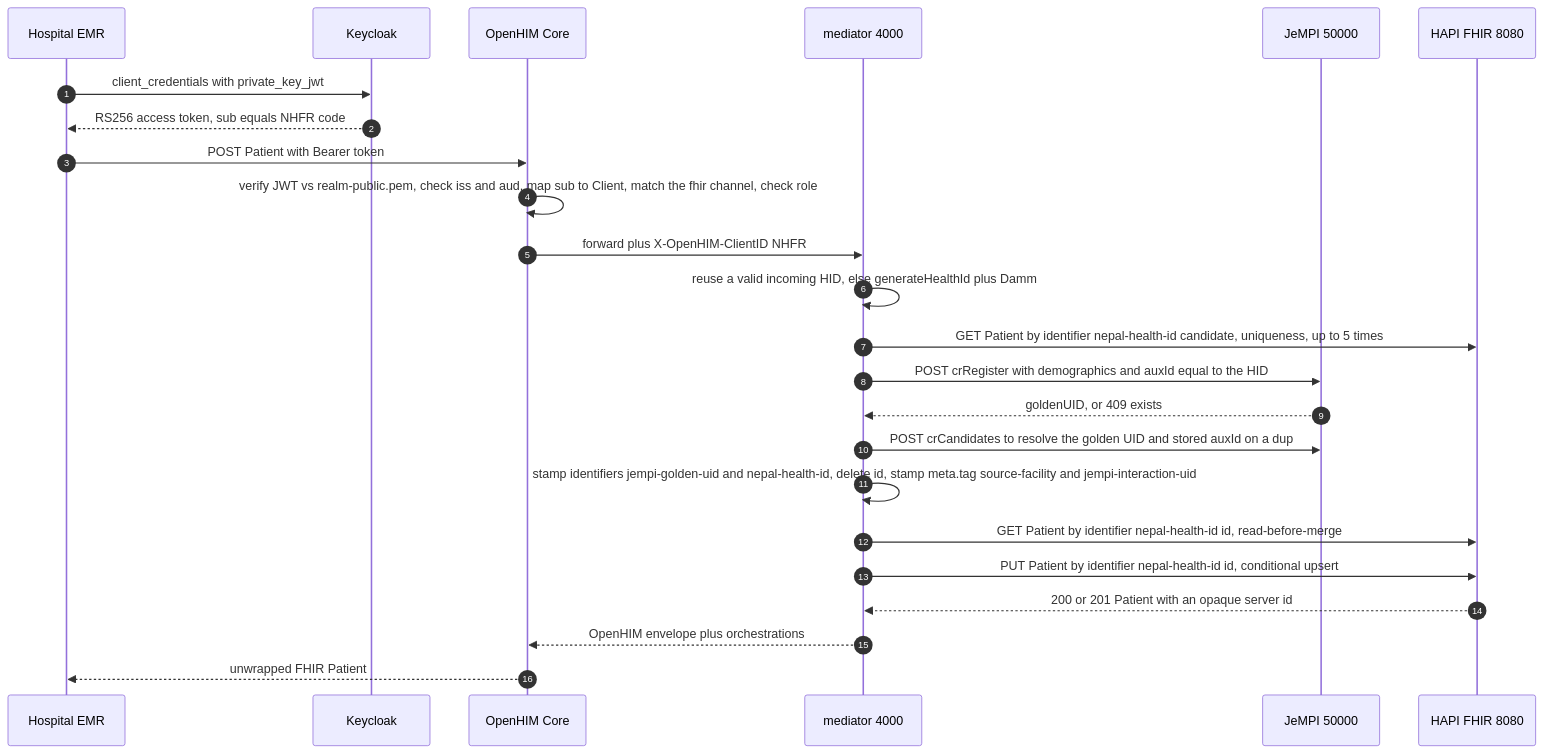
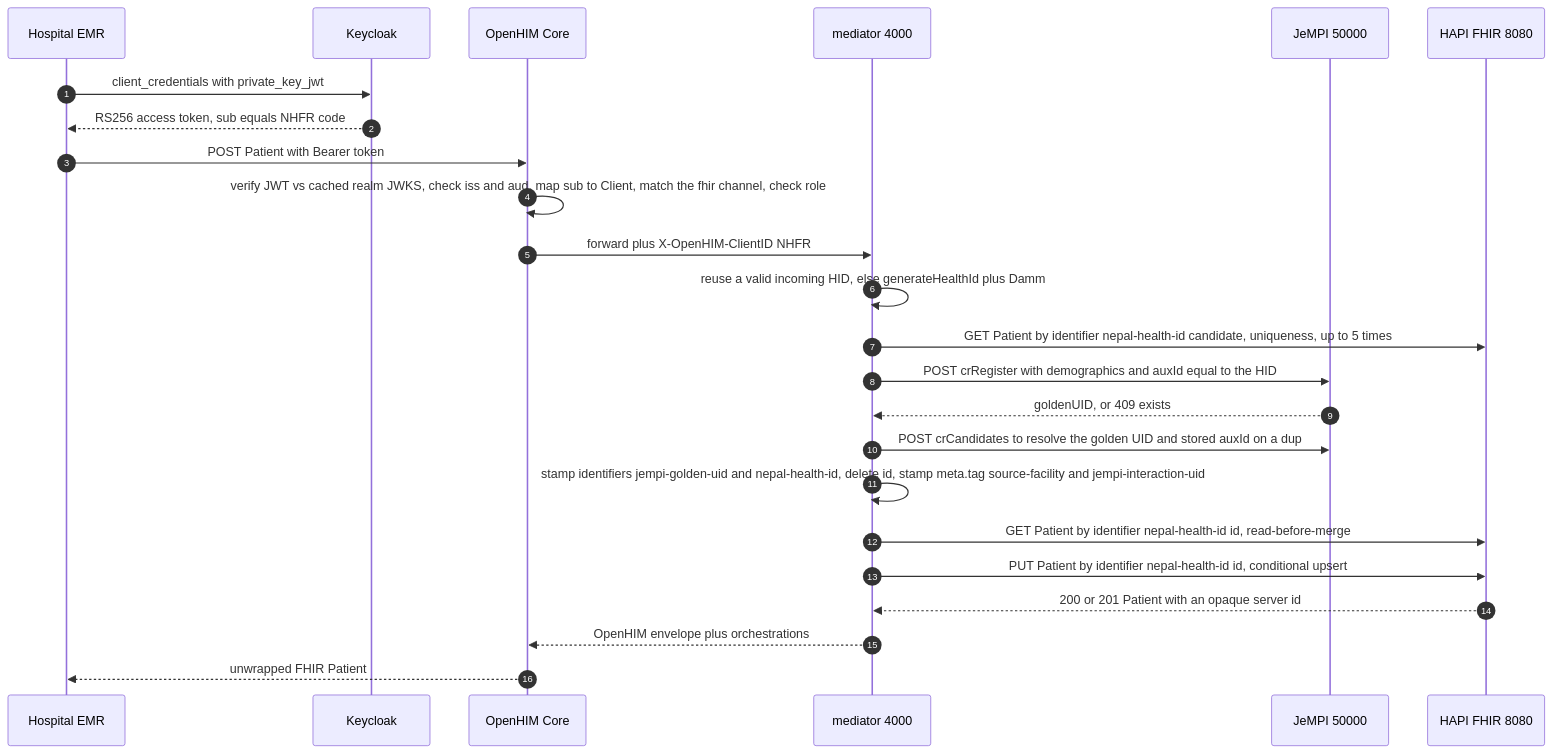
Before and after one commit to ETech-Nepal/openhim: the third of 12 diagrams in ARCHITECTURE-AND-DFD.md, drawn with Mermaid. The commit also changed other lines of this file and 207 other files, not shown here.

````diff
--- a/ARCHITECTURE-AND-DFD.md
+++ b/ARCHITECTURE-AND-DFD.md
@@ -182,27 +181,27 @@
 ```mermaid
 sequenceDiagram
     autonumber
     participant EMR as Hospital EMR
     participant KC as Keycloak
     participant HIM as OpenHIM Core
     participant MED as mediator 4000
     participant JEMPI as JeMPI 50000
     participant HAPI as HAPI FHIR 8080
 
     EMR->>KC: client_credentials with private_key_jwt
     KC-->>EMR: RS256 access token, sub equals NHFR code
     EMR->>HIM: POST Patient with Bearer token
-    HIM->>HIM: verify JWT vs realm-public.pem, check iss and aud, map sub to Client, match the fhir channel, check role
+    HIM->>HIM: verify JWT vs cached realm JWKS, check iss and aud, map sub to Client, match the fhir channel, check role
     HIM->>MED: forward plus X-OpenHIM-ClientID NHFR
     MED->>MED: reuse a valid incoming HID, else generateHealthId plus Damm
     MED->>HAPI: GET Patient by identifier nepal-health-id candidate, uniqueness, up to 5 times
     MED->>JEMPI: POST crRegister with demographics and auxId equal to the HID
     JEMPI-->>MED: goldenUID, or 409 exists
     MED->>JEMPI: POST crCandidates to resolve the golden UID and stored auxId on a dup
     MED->>MED: stamp identifiers jempi-golden-uid and nepal-health-id, delete id, stamp meta.tag source-facility and jempi-interaction-uid
     MED->>HAPI: GET Patient by identifier nepal-health-id id, read-before-merge
     MED->>HAPI: PUT Patient by identifier nepal-health-id id, conditional upsert
     HAPI-->>MED: 200 or 201 Patient with an opaque server id
     MED-->>HIM: OpenHIM envelope plus orchestrations
     HIM-->>EMR: unwrapped FHIR Patient
 ```
````
